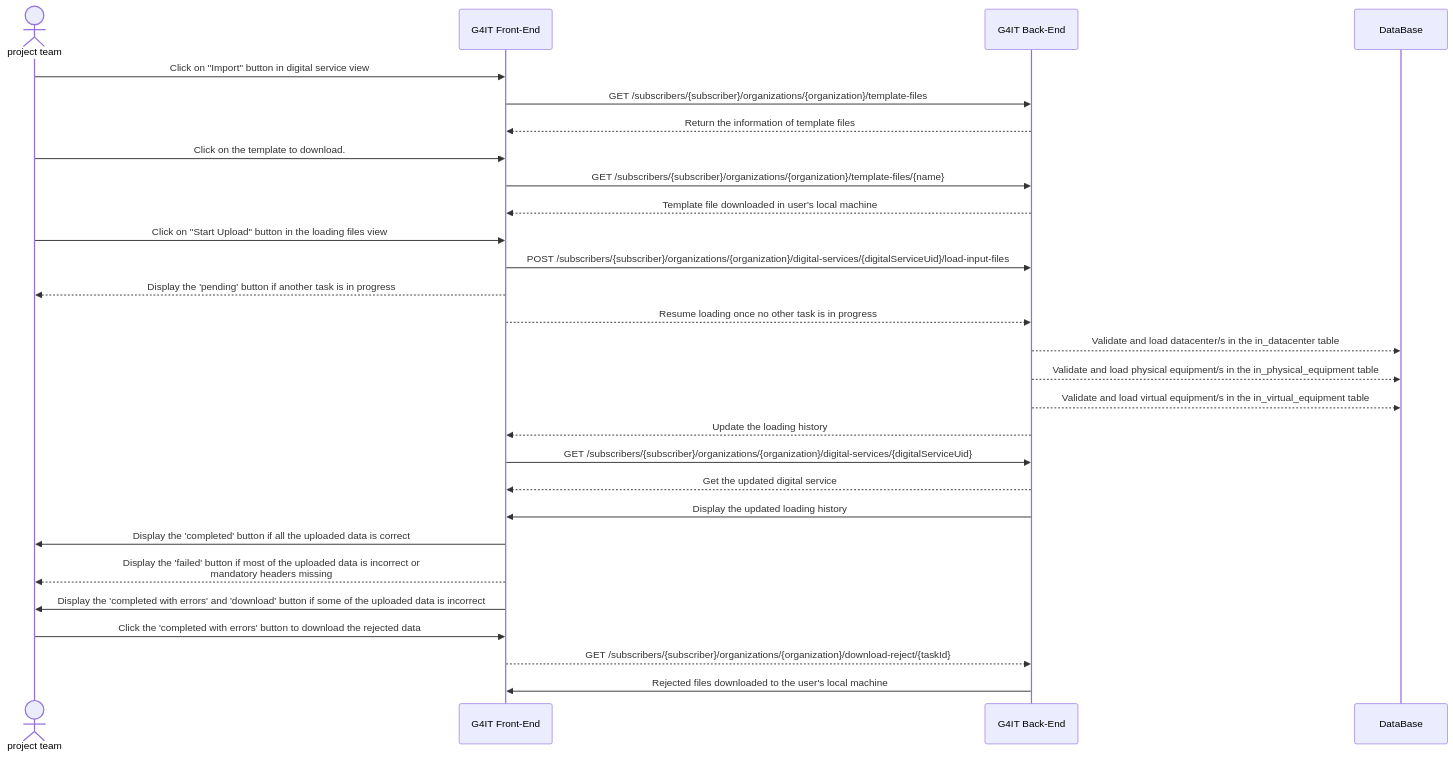
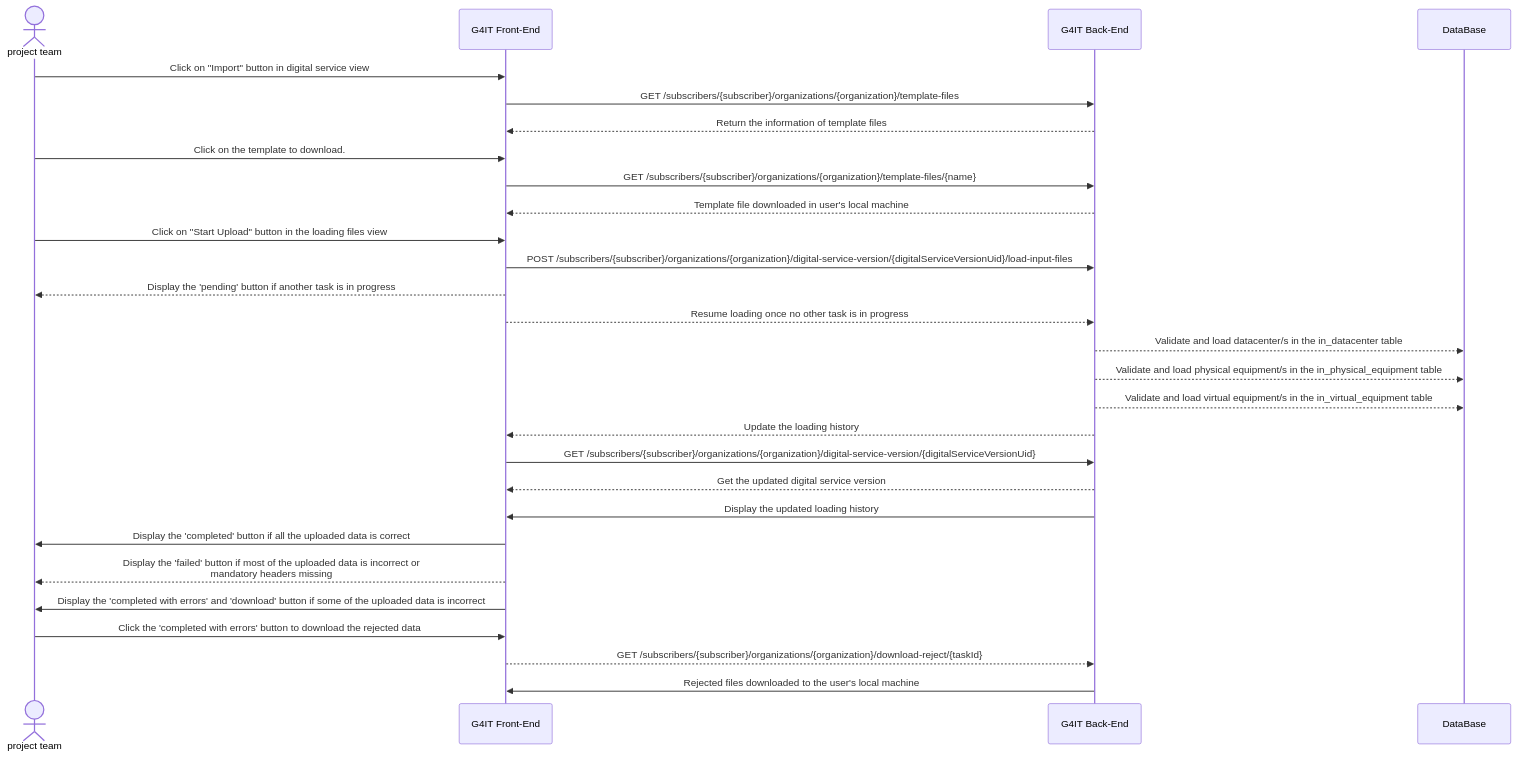
Before and after one commit to teamg4it/g4it: the diagram in services/documentation/content/2-functional-documentation/use_cases/uc_digital_services/uc3_add_visualize_equipments/uc3_add_visualize_network/import_network_via_button.md, drawn with Mermaid. The commit also changed other lines of this file and 34 other files, not shown here.

```diff
--- a/services/documentation/content/2-functional-documentation/use_cases/uc_digital_services/uc3_add_visualize_equipments/uc3_add_visualize_network/import_network_via_button.md
+++ b/services/documentation/content/2-functional-documentation/use_cases/uc_digital_services/uc3_add_visualize_equipments/uc3_add_visualize_network/import_network_via_button.md
@@ -70,32 +70,32 @@
 {{< mermaid >}}
 sequenceDiagram
 actor RND as project team
 participant front as G4IT Front-End
 participant back as G4IT Back-End
 participant DataBase
 
 RND ->> front: Click on "Import" button in digital service view
 front ->> back: GET /subscribers/{subscriber}/organizations/{organization}/template-files
 back -->> front: Return the information of template files
 RND ->> front: Click on the template to download.
 front ->> back: GET /subscribers/{subscriber}/organizations/{organization}/template-files/{name}
 back -->> front: Template file downloaded in user's local machine
 RND ->> front: Click on "Start Upload" button in the loading files view
-front ->> back: POST /subscribers/{subscriber}/organizations/{organization}/digital-services/{digitalServiceUid}/load-input-files
+front ->> back: POST /subscribers/{subscriber}/organizations/{organization}/digital-service-version/{digitalServiceVersionUid}/load-input-files
 front -->> RND : Display the 'pending' button if another task is in progress
 front -->> back: Resume loading once no other task is in progress
 back -->> DataBase: Validate and load datacenter/s in the in_datacenter table
 back -->> DataBase: Validate and load physical equipment/s in the in_physical_equipment table
 back -->> DataBase: Validate and load virtual equipment/s in the in_virtual_equipment table
 back -->> front: Update the loading history
-front ->> back: GET /subscribers/{subscriber}/organizations/{organization}/digital-services/{digitalServiceUid}
-back-->> front: Get the updated digital service
+front ->> back: GET /subscribers/{subscriber}/organizations/{organization}/digital-service-version/{digitalServiceVersionUid}
+back-->> front: Get the updated digital service version
 back ->> front: Display the updated loading history
 front ->> RND : Display the 'completed' button if all the uploaded data is correct
 front -->> RND : Display the 'failed' button if most of the uploaded data is incorrect or <br> mandatory headers missing
 front ->> RND : Display the 'completed with errors' and 'download' button if some of the uploaded data is incorrect
 RND ->> front : Click the 'completed with errors' button to download the rejected data
 front -->> back: GET /subscribers/{subscriber}/organizations/{organization}/download-reject/{taskId}
 back ->> front : Rejected files downloaded to the user's local machine
 
 {{< /mermaid >}}
```
